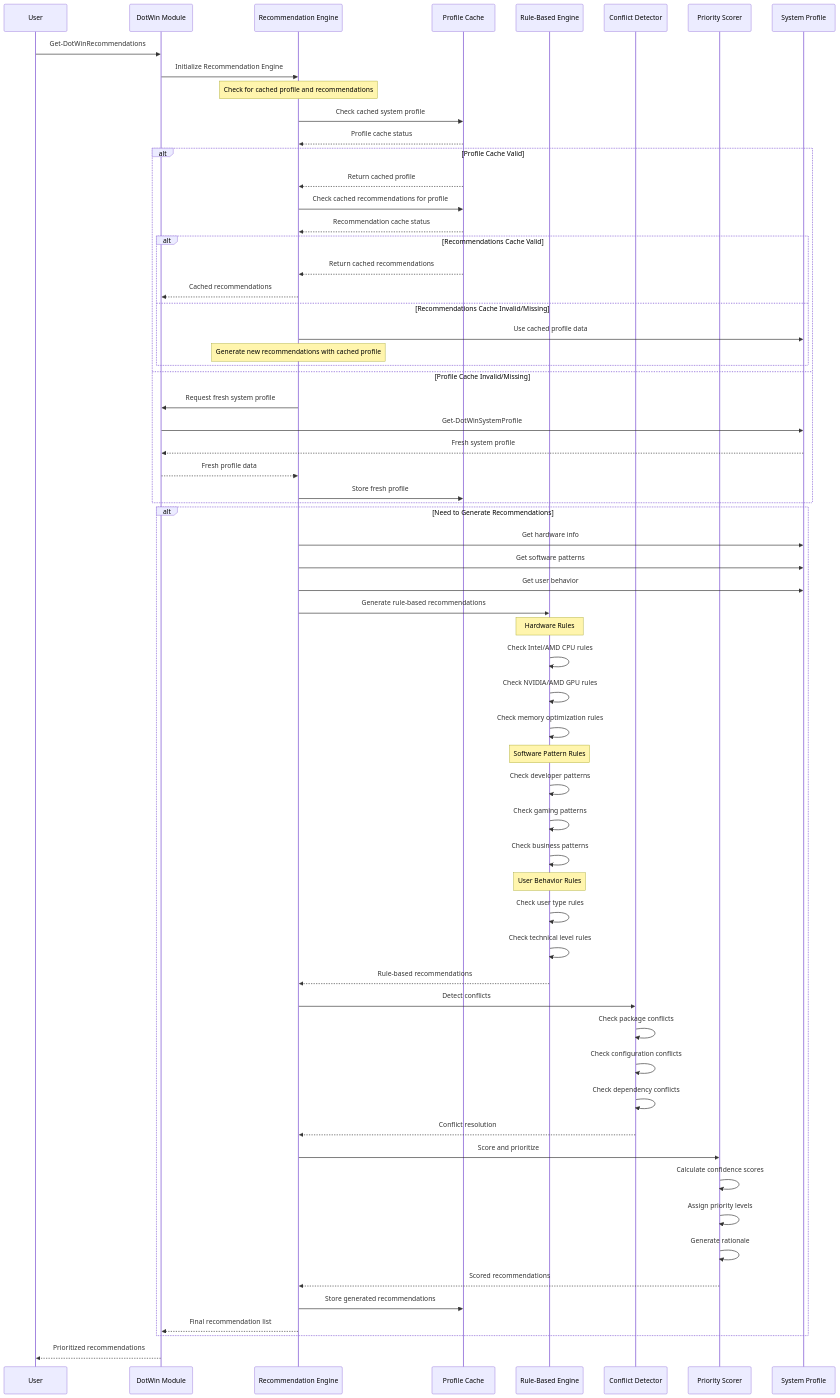
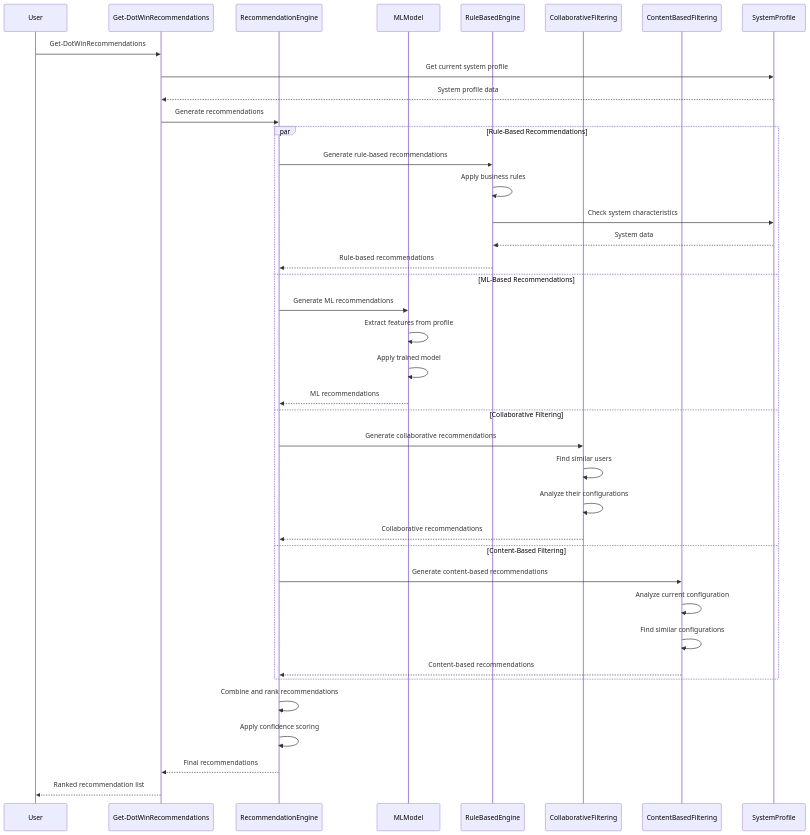
Before and after one commit to albedosehen/dot-win: the fourth of 16 diagrams in docs/SequenceDiagrams.md, drawn with Mermaid. The commit also changed other lines of this file and 69 other files, not shown here.

Commit message:
Bridge DotWin configuration management and config files

````diff
--- a/docs/SequenceDiagrams.md
+++ b/docs/SequenceDiagrams.md
@@ -76,79 +154,45 @@
 ```mermaid
 sequenceDiagram
     participant User
-    participant DotWin as DotWin Module
-    participant RE as Recommendation Engine
-    participant Cache as Profile Cache
-    participant RBE as Rule-Based Engine
-    participant CD as Conflict Detector
-    participant PS as Priority Scorer
-    participant Profile as System Profile
-    
-    User->>DotWin: Get-DotWinRecommendations
-    DotWin->>RE: Initialize Recommendation Engine
-    
-    Note over RE: Check for cached profile and recommendations
-    RE->>Cache: Check cached system profile
-    Cache-->>RE: Profile cache status
-    
-    alt Profile Cache Valid
-        Cache-->>RE: Return cached profile
-        RE->>Cache: Check cached recommendations for profile
-        Cache-->>RE: Recommendation cache status
+    participant GDR as Get-DotWinRecommendations
+    participant RE as RecommendationEngine
+    participant ML as MLModel
+    participant RB as RuleBasedEngine
+    participant CF as CollaborativeFiltering
+    participant CB as ContentBasedFiltering
+    participant Profile as SystemProfile
 
-        alt Recommendations Cache Valid
-            Cache-->>RE: Return cached recommendations
-            RE-->>DotWin: Cached recommendations
-        else Recommendations Cache Invalid/Missing
-            RE->>Profile: Use cached profile data
-            Note over RE: Generate new recommendations with cached profile
-        end
-    else Profile Cache Invalid/Missing
-        RE->>DotWin: Request fresh system profile
-        DotWin->>Profile: Get-DotWinSystemProfile
-        Profile-->>DotWin: Fresh system profile
-        DotWin-->>RE: Fresh profile data
-        RE->>Cache: Store fresh profile
+    User->>GDR: Get-DotWinRecommendations
+    GDR->>Profile: Get current system profile
+    Profile-->>GDR: System profile data
+
+    GDR->>RE: Generate recommendations
+
+    par Rule-Based Recommendations
+        RE->>RB: Generate rule-based recommendations
+        RB->>RB: Apply business rules
+        RB->>Profile: Check system characteristics
+        Profile-->>RB: System data
+        RB-->>RE: Rule-based recommendations
+    and ML-Based Recommendations
+        RE->>ML: Generate ML recommendations
+        ML->>ML: Extract features from profile
+        ML->>ML: Apply trained model
+        ML-->>RE: ML recommendations
+    and Collaborative Filtering
+        RE->>CF: Generate collaborative recommendations
+        CF->>CF: Find similar users
+        CF->>CF: Analyze their configurations
+        CF-->>RE: Collaborative recommendations
+    and Content-Based Filtering
+        RE->>CB: Generate content-based recommendations
+        CB->>CB: Analyze current configuration
+        CB->>CB: Find similar configurations
+        CB-->>RE: Content-based recommendations
     end
     
-    alt Need to Generate Recommendations
-        RE->>Profile: Get hardware info
-        RE->>Profile: Get software patterns
-        RE->>Profile: Get user behavior
-
-        RE->>RBE: Generate rule-based recommendations
-
-        Note over RBE: Hardware Rules
-        RBE->>RBE: Check Intel/AMD CPU rules
-        RBE->>RBE: Check NVIDIA/AMD GPU rules
-        RBE->>RBE: Check memory optimization rules
-
-        Note over RBE: Software Pattern Rules
-        RBE->>RBE: Check developer patterns
-        RBE->>RBE: Check gaming patterns
-        RBE->>RBE: Check business patterns
-
-        Note over RBE: User Behavior Rules
-        RBE->>RBE: Check user type rules
-        RBE->>RBE: Check technical level rules
-
-        RBE-->>RE: Rule-based recommendations
-
-        RE->>CD: Detect conflicts
-        CD->>CD: Check package conflicts
-        CD->>CD: Check configuration conflicts
-        CD->>CD: Check dependency conflicts
-        CD-->>RE: Conflict resolution
-
-        RE->>PS: Score and prioritize
-        PS->>PS: Calculate confidence scores
-        PS->>PS: Assign priority levels
-        PS->>PS: Generate rationale
-        PS-->>RE: Scored recommendations
-
-        RE->>Cache: Store generated recommendations
-        RE-->>DotWin: Final recommendation list
-    end
-    
-    DotWin-->>User: Prioritized recommendations
+    RE->>RE: Combine and rank recommendations
+    RE->>RE: Apply confidence scoring
+    RE-->>GDR: Final recommendations
+    GDR-->>User: Ranked recommendation list
 ```
````
